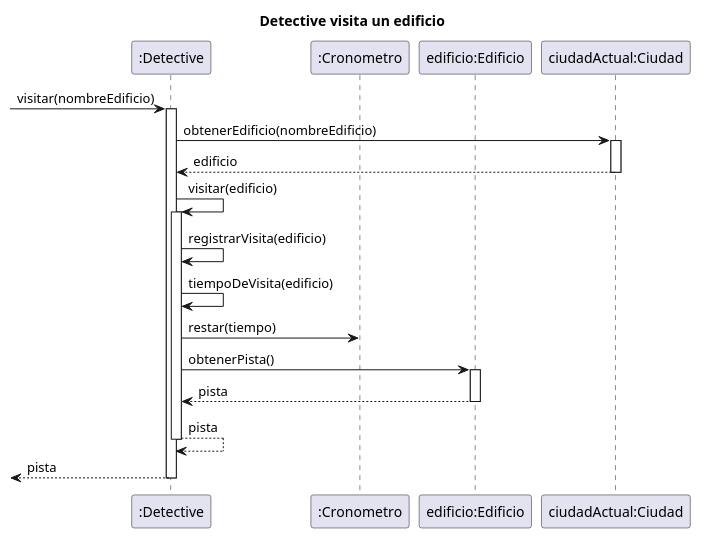
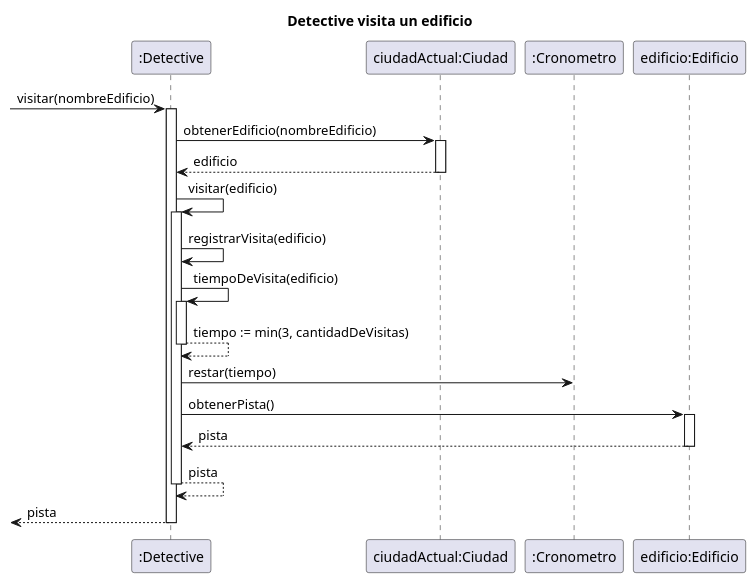
Before and after one commit to MegaRedHand/algo-thief: the diagram in diagrams/sequences/secuencia_visitarEdificio.plantuml, drawn with PlantUML. The commit also changed 20 other files, not shown here.

Commit message:
docs: actualizo diagramas de secuencia de los casos de uso 3 y 4

```diff
--- a/diagrams/sequences/secuencia_visitarEdificio.plantuml
+++ b/diagrams/sequences/secuencia_visitarEdificio.plantuml
@@ -1,27 +1,29 @@
 @startuml
 
 'autonumber
 
 title "Detective visita un edificio"
+
 participant ":Detective" as detective
+participant "ciudadActual:Ciudad" as ciudad
 participant ":Cronometro" as cron
 participant "edificio:Edificio" as edificio
-participant "ciudadActual:Ciudad" as ciudad
 
 -> detective: visitar(nombreEdificio)
 activate detective
 detective -> ciudad: obtenerEdificio(nombreEdificio)
     activate ciudad
     return edificio
 detective -> detective: visitar(edificio)
     activate detective
     detective -> detective: registrarVisita(edificio)
-    detective -> detective: tiempoDeVisita(edificio)
+    detective -> detective++: tiempoDeVisita(edificio)
+        return tiempo := min(3, cantidadDeVisitas)
     detective -> cron: restar(tiempo)
     detective -> edificio: obtenerPista()
         activate edificio
         return pista
     return pista
 return pista
 
 @enduml
```
